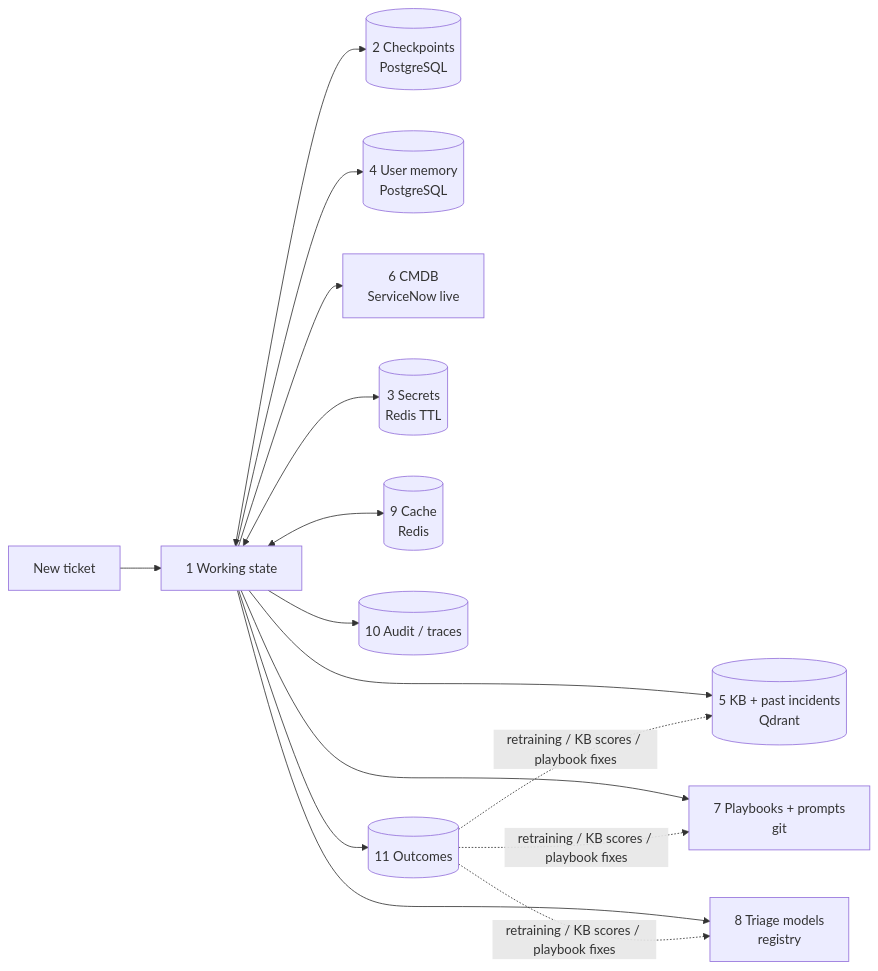
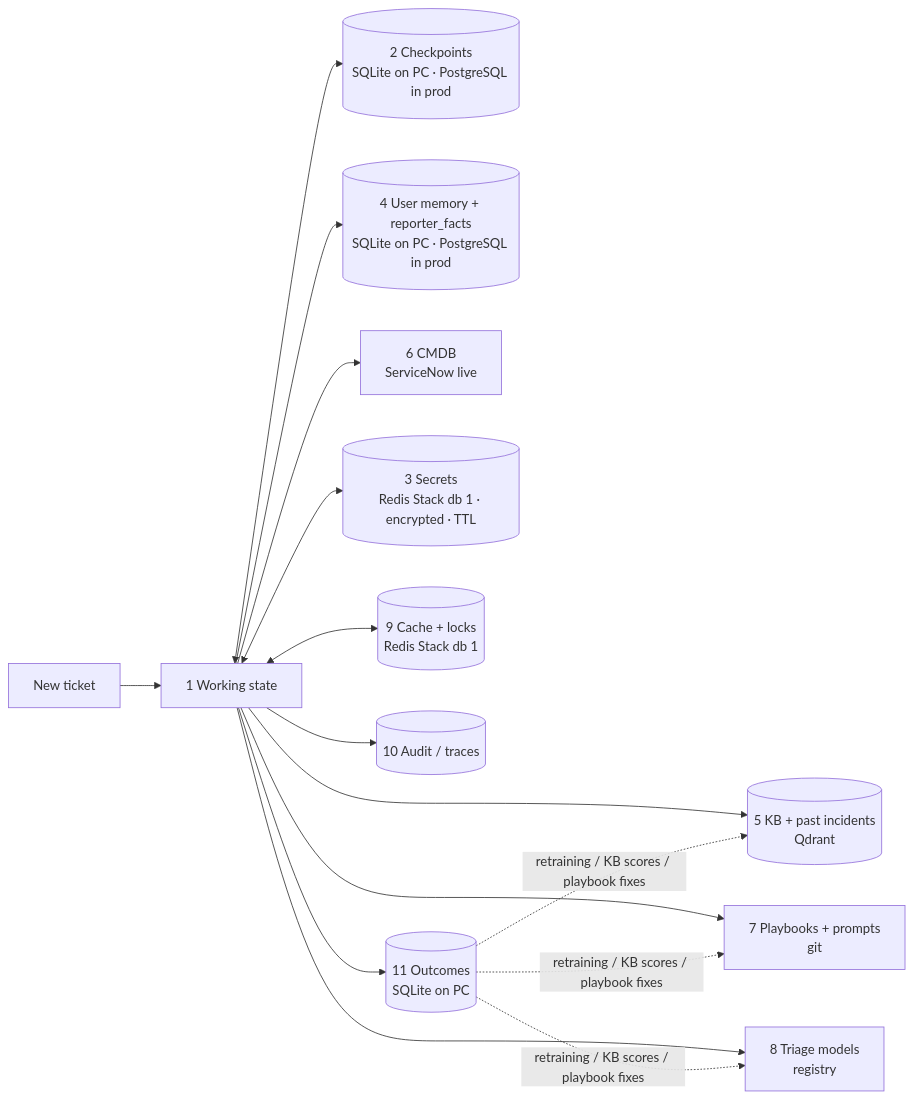
Before and after one commit to pmpmario/Internalproject: the diagram in lisa-backend-reviews/LISA-memory-architecture.md, drawn with Mermaid. The commit also changed other lines of this file and 2 other files, not shown here.

First line of the commit message:
Rewrite memory and caching docs for Redis Stack on the local PC

````diff
--- a/lisa-backend-reviews/LISA-memory-architecture.md
+++ b/lisa-backend-reviews/LISA-memory-architecture.md
@@ -39,15 +46,15 @@
 ```mermaid
 flowchart LR
   T[New ticket] --> W[1 Working state]
-  W <--> C[(2 Checkpoints<br/>PostgreSQL)]
-  W --> U[(4 User memory<br/>PostgreSQL)]
+  W <--> C[(2 Checkpoints<br/>SQLite on PC · PostgreSQL in prod)]
+  W --> U[(4 User memory + reporter_facts<br/>SQLite on PC · PostgreSQL in prod)]
   W --> K[(5 KB + past incidents<br/>Qdrant)]
   W --> E[6 CMDB<br/>ServiceNow live]
   W --> P[7 Playbooks + prompts<br/>git]
   W --> M[8 Triage models<br/>registry]
-  W <--> S[(3 Secrets<br/>Redis TTL)]
-  W <--> R[(9 Cache<br/>Redis)]
+  W <--> S[(3 Secrets<br/>Redis Stack db 1 · encrypted · TTL)]
+  W <--> R[(9 Cache + locks<br/>Redis Stack db 1)]
   W --> A[(10 Audit / traces)]
-  W --> O[(11 Outcomes)]
+  W --> O[(11 Outcomes<br/>SQLite on PC)]
   O -. retraining / KB scores / playbook fixes .-> M & K & P
 ```
````
